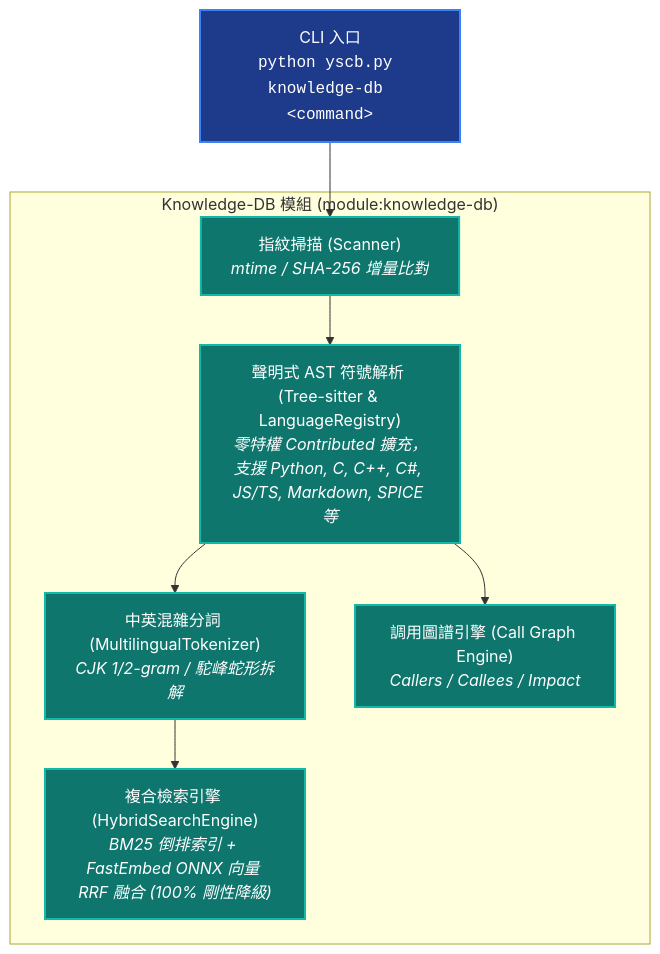
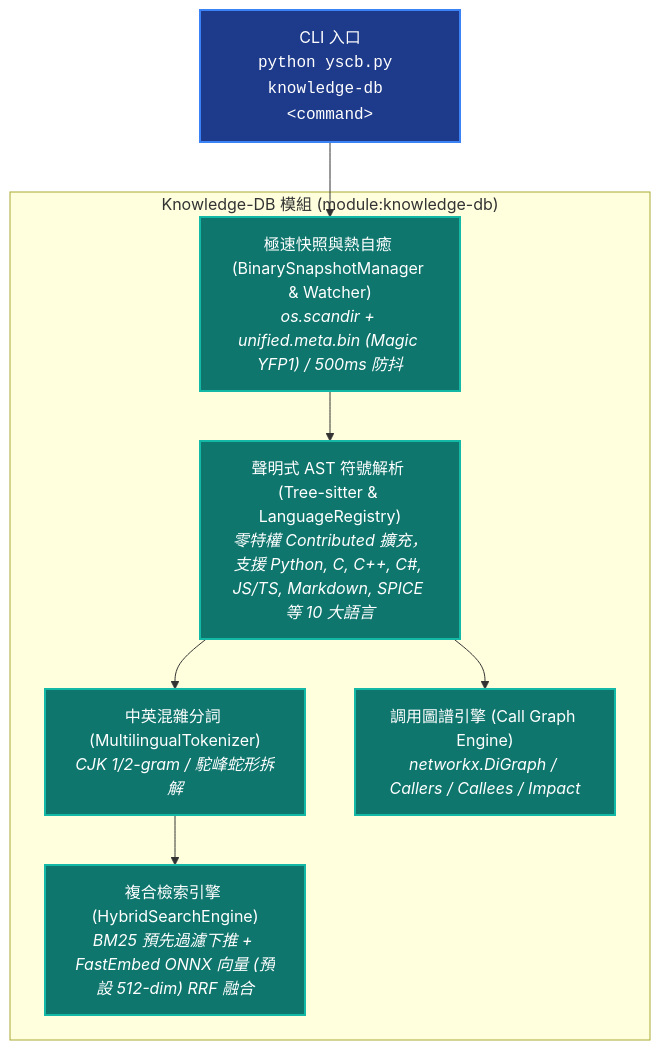
One commit to ysnaive/ys-codebase changed the diagram in ys_codebase/source/knowledge-db/README.md. Above: the diagram before and after it, drawn with Mermaid. The commit also changed other lines of this file and 77 other files, not shown here.

````diff
--- a/ys_codebase/source/knowledge-db/README.md
+++ b/ys_codebase/source/knowledge-db/README.md
@@ -40,21 +45,21 @@
 ```mermaid
 graph TD
     classDef main fill:#1e3a8a,stroke:#3b82f6,stroke-width:2px,color:#fff;
     classDef sub fill:#0f766e,stroke:#14b8a6,stroke-width:2px,color:#fff;
 
     CLI["CLI 入口<br/><code>python yscb.py knowledge-db &lt;command&gt;</code>"]:::main
 
     subgraph KnowledgeDBModule ["Knowledge-DB 模組 (module:knowledge-db)"]
-        Scanner["指紋掃描 (Scanner)<br/><i>mtime / SHA-256 增量比對</i>"]:::sub
-        Parsers["聲明式 AST 符號解析 (Tree-sitter & LanguageRegistry)<br/><i>零特權 Contributed 擴充，支援 Python, C, C++, C#, JS/TS, Markdown, SPICE 等</i>"]:::sub
+        Scanner["極速快照與熱自癒 (BinarySnapshotManager & Watcher)<br/><i>os.scandir + unified.meta.bin (Magic YFP1) / 500ms 防抖</i>"]:::sub
+        Parsers["聲明式 AST 符號解析 (Tree-sitter & LanguageRegistry)<br/><i>零特權 Contributed 擴充，支援 Python, C, C++, C#, JS/TS, Markdown, SPICE 等 10 大語言</i>"]:::sub
         Tokenizer["中英混雜分詞 (MultilingualTokenizer)<br/><i>CJK 1/2-gram / 駝峰蛇形拆解</i>"]:::sub
-        Retrieval["複合檢索引擎 (HybridSearchEngine)<br/><i>BM25 倒排索引 + FastEmbed ONNX 向量 RRF 融合 (100% 剛性降級)</i>"]:::sub
-        Graph["調用圖譜引擎 (Call Graph Engine)<br/><i>Callers / Callees / Impact</i>"]:::sub
+        Retrieval["複合檢索引擎 (HybridSearchEngine)<br/><i>BM25 預先過濾下推 + FastEmbed ONNX 向量 (預設 512-dim) RRF 融合</i>"]:::sub
+        Graph["調用圖譜引擎 (Call Graph Engine)<br/><i>networkx.DiGraph / Callers / Callees / Impact</i>"]:::sub
     end
 
     CLI --> Scanner
     Scanner --> Parsers
     Parsers --> Tokenizer
     Tokenizer --> Retrieval
     Parsers --> Graph
 ```
````
